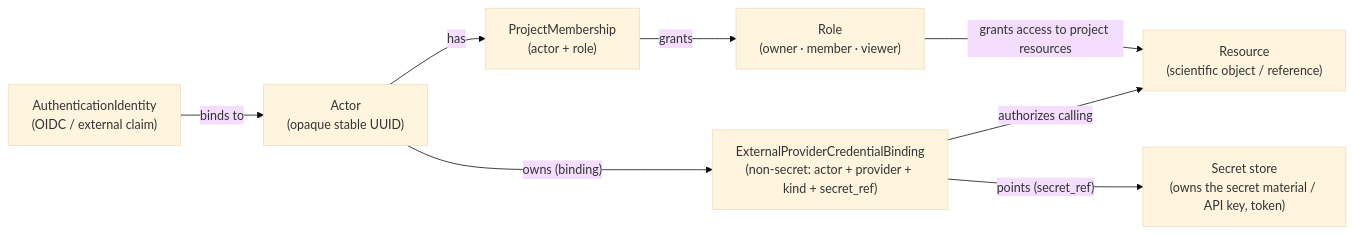
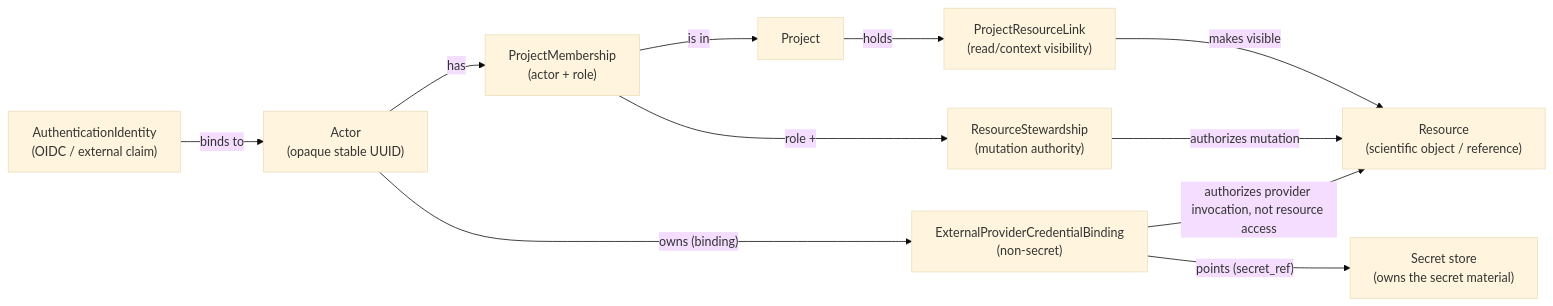
Before and after one commit to YaoYinYing/REvoLab: the sixth of 6 diagrams in docs/architecture/SYSTEM_ARCHITECTURE.md, drawn with Mermaid (base theme). The commit also changed other lines of this file and 11 other files, not shown here.

````diff
--- a/docs/architecture/SYSTEM_ARCHITECTURE.md
+++ b/docs/architecture/SYSTEM_ARCHITECTURE.md
@@ -306,18 +306,23 @@
 ```mermaid
 flowchart LR
     Auth["AuthenticationIdentity<br/>(OIDC / external claim)"]
     Actor["Actor<br/>(opaque stable UUID)"]
     Mem["ProjectMembership<br/>(actor + role)"]
-    Role["Role<br/>(owner · member · viewer)"]
+    Proj["Project"]
+    Link["ProjectResourceLink<br/>(read/context visibility)"]
+    Stew["ResourceStewardship<br/>(mutation authority)"]
     Res["Resource<br/>(scientific object / reference)"]
-    Cred["ExternalProviderCredentialBinding<br/>(non-secret: actor + provider + kind + secret_ref)"]
-    Sec["Secret store<br/>(owns the secret material / API key, token)"]
+    Cred["ExternalProviderCredentialBinding<br/>(non-secret)"]
+    Sec["Secret store<br/>(owns the secret material)"]
 
     Auth -- binds to --> Actor
     Actor -- has --> Mem
-    Mem -- grants --> Role
-    Role -- grants access to project resources --> Res
+    Mem -- is in --> Proj
+    Proj -- holds --> Link
+    Link -- makes visible --> Res
+    Mem -- role + --> Stew
+    Stew -- authorizes mutation --> Res
     Actor -- owns (binding) --> Cred
     Cred -- points (secret_ref) --> Sec
-    Cred -- authorizes calling --> Res
+    Cred -- authorizes provider invocation, not resource access --> Res
 ```
````
